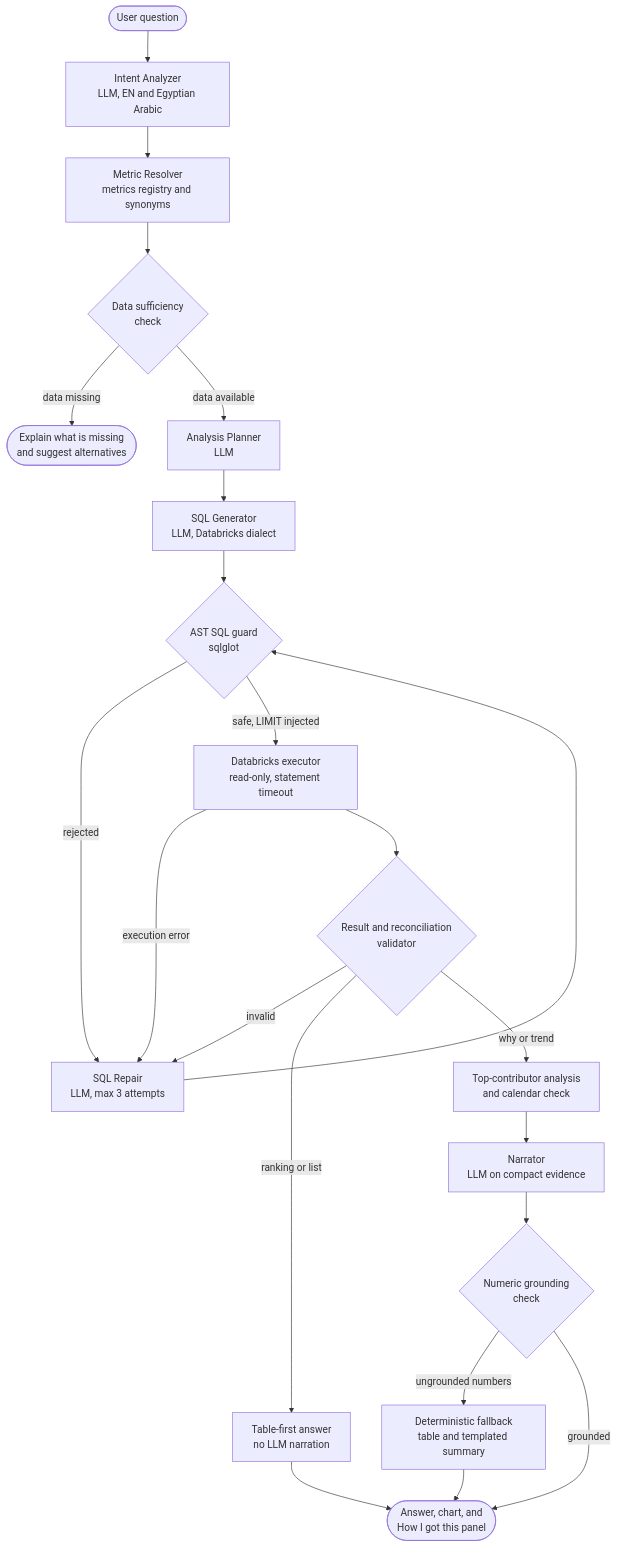
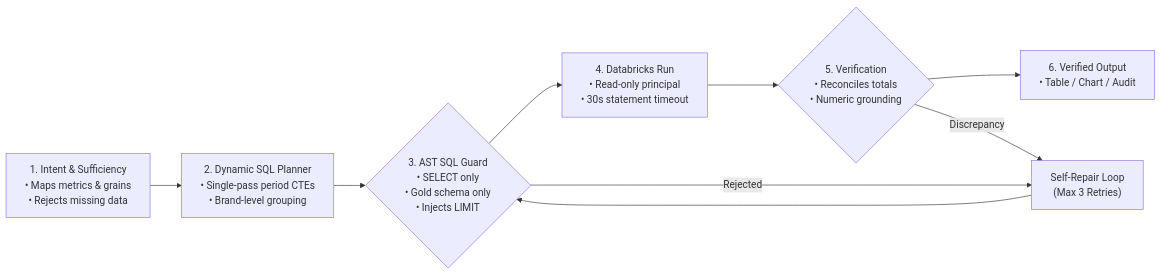
One commit to shehapsherif11-bit/Agentic-Data-Lakehouse changed the second of 3 diagrams in README.md. Above: the diagram before and after it, drawn with Mermaid. The commit also changed other lines of this file and 3 other files, not shown here.

Commit message:
docs: professional overhaul of README with intuitive architecture diagrams and production screenshots

````diff
--- a/README.md
+++ b/README.md
@@ -111,24 +102,12 @@
 ```mermaid
-flowchart TD
-    Q(["User question"]) --> I["Intent Analyzer<br/>LLM, EN and Egyptian Arabic"]
-    I --> M["Metric Resolver<br/>metrics registry and synonyms"]
-    M --> S{"Data sufficiency<br/>check"}
-    S -->|"data missing"| X1(["Explain what is missing<br/>and suggest alternatives"])
-    S -->|"data available"| P["Analysis Planner<br/>LLM"]
-    P --> G["SQL Generator<br/>LLM, Databricks dialect"]
-    G --> GU{"AST SQL guard<br/>sqlglot"}
-    GU -->|"rejected"| RP["SQL Repair<br/>LLM, max 3 attempts"]
-    RP --> GU
-    GU -->|"safe, LIMIT injected"| E["Databricks executor<br/>read-only, statement timeout"]
-    E -->|"execution error"| RP
-    E --> V{"Result and reconciliation<br/>validator"}
-    V -->|"invalid"| RP
-    V -->|"ranking or list"| T["Table-first answer<br/>no LLM narration"]
-    V -->|"why or trend"| D["Top-contributor analysis<br/>and calendar check"]
-    D --> N["Narrator<br/>LLM on compact evidence"]
-    N --> GR{"Numeric grounding<br/>check"}
-    GR -->|"ungrounded numbers"| FB["Deterministic fallback<br/>table and templated summary"]
-    GR -->|"grounded"| OUT
-    T --> OUT(["Answer, chart, and<br/>How I got this panel"])
-    FB --> OUT
+flowchart LR
+    Step1["1. Intent & Sufficiency<br/>• Maps metrics & grains<br/>• Rejects missing data"] 
+    --> Step2["2. Dynamic SQL Planner<br/>• Single-pass period CTEs<br/>• Brand-level grouping"]
+    --> Step3{"3. AST SQL Guard<br/>• SELECT only<br/>• Gold schema only<br/>• Injects LIMIT"}
+    --> Step4["4. Databricks Run<br/>• Read-only principal<br/>• 30s statement timeout"]
+    --> Step5{"5. Verification<br/>• Reconciles totals<br/>• Numeric grounding"}
+    --> Step6["6. Verified Output<br/>• Table / Chart / Audit"]
+
+    Step3 -- "Rejected" --> Repair["Self-Repair Loop<br/>(Max 3 Retries)"] --> Step3
+    Step5 -- "Discrepancy" --> Repair
 ```
````
